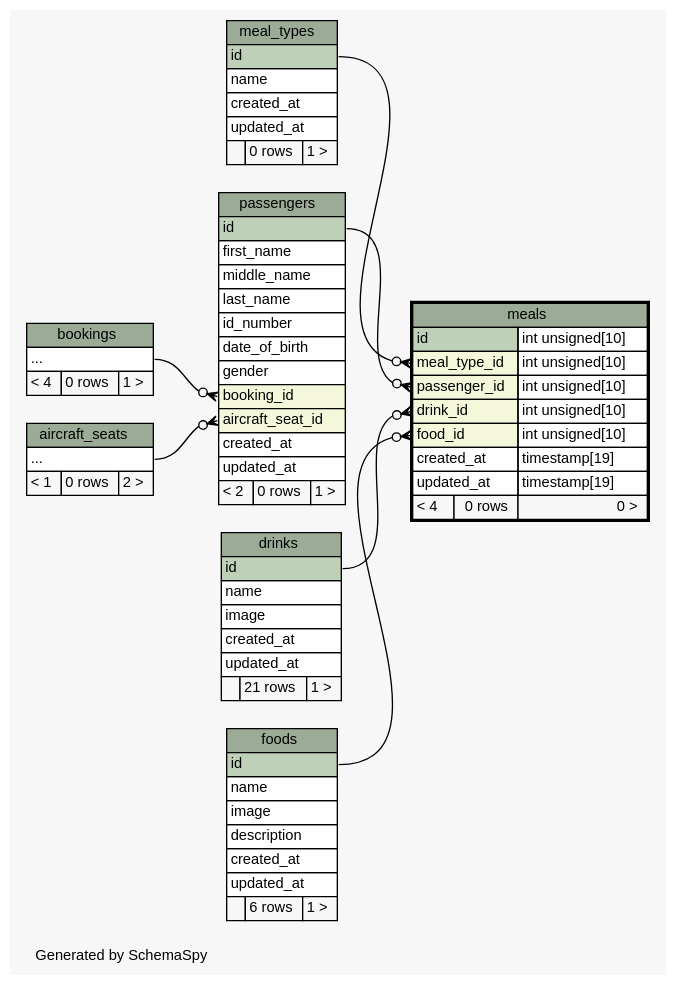
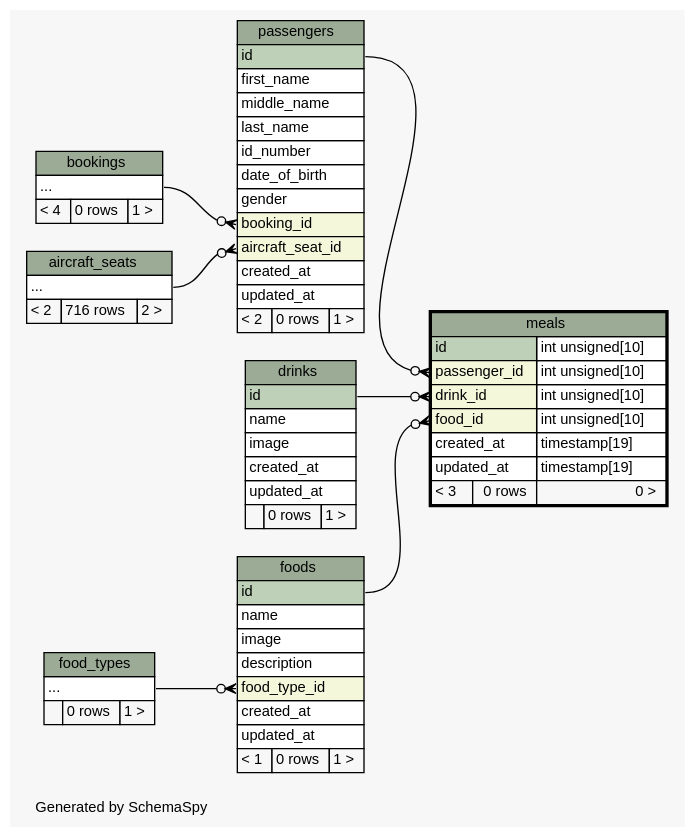
One commit to joaonzangoII/flightbookingsystem changed the diagram in web/app/database/schema/diagrams/meals.2degrees.dot. Above: the diagram before and after it, drawn with Graphviz. The commit also changed 149 other files, not shown here.

```diff
--- a/web/app/database/schema/diagrams/meals.2degrees.dot
+++ b/web/app/database/schema/diagrams/meals.2degrees.dot
@@ -1,126 +1,123 @@
 // dot 2.38.0 on Linux 4.8.0-46-generic
 // SchemaSpy rev 590
 digraph "twoDegreesRelationshipsDiagram" {
   graph [
     rankdir="RL"
     bgcolor="#f7f7f7"
     label="\nGenerated by SchemaSpy"
     labeljust="l"
     nodesep="0.18"
     ranksep="0.46"
     fontname="Helvetica"
     fontsize="11"
   ];
   node [
     fontname="Helvetica"
     fontsize="11"
     shape="plaintext"
   ];
   edge [
     arrowsize="0.8"
   ];
+  "foods":"food_type_id":w -> "food_types":"elipses":e [arrowhead=none dir=back arrowtail=crowodot];
   "meals":"drink_id":w -> "drinks":"id":e [arrowhead=none dir=back arrowtail=crowodot];
   "meals":"food_id":w -> "foods":"id":e [arrowhead=none dir=back arrowtail=crowodot];
-  "meals":"meal_type_id":w -> "meal_types":"id":e [arrowhead=none dir=back arrowtail=crowodot];
   "meals":"passenger_id":w -> "passengers":"id":e [arrowhead=none dir=back arrowtail=crowodot];
   "passengers":"aircraft_seat_id":w -> "aircraft_seats":"elipses":e [arrowhead=none dir=back arrowtail=crowodot];
   "passengers":"booking_id":w -> "bookings":"elipses":e [arrowhead=none dir=back arrowtail=crowodot];
   "aircraft_seats" [
     label=<
     <TABLE BORDER="0" CELLBORDER="1" CELLSPACING="0" BGCOLOR="#ffffff">
       <TR><TD COLSPAN="3" BGCOLOR="#9bab96" ALIGN="CENTER">aircraft_seats</TD></TR>
       <TR><TD PORT="elipses" COLSPAN="3" ALIGN="LEFT">...</TD></TR>
-      <TR><TD ALIGN="LEFT" BGCOLOR="#f7f7f7">&lt; 1</TD><TD ALIGN="RIGHT" BGCOLOR="#f7f7f7">0 rows</TD><TD ALIGN="RIGHT" BGCOLOR="#f7f7f7">2 &gt;</TD></TR>
+      <TR><TD ALIGN="LEFT" BGCOLOR="#f7f7f7">&lt; 2</TD><TD ALIGN="RIGHT" BGCOLOR="#f7f7f7">716 rows</TD><TD ALIGN="RIGHT" BGCOLOR="#f7f7f7">2 &gt;</TD></TR>
     </TABLE>>
     URL="aircraft_seats.html"
     tooltip="aircraft_seats"
   ];
   "bookings" [
     label=<
     <TABLE BORDER="0" CELLBORDER="1" CELLSPACING="0" BGCOLOR="#ffffff">
       <TR><TD COLSPAN="3" BGCOLOR="#9bab96" ALIGN="CENTER">bookings</TD></TR>
       <TR><TD PORT="elipses" COLSPAN="3" ALIGN="LEFT">...</TD></TR>
       <TR><TD ALIGN="LEFT" BGCOLOR="#f7f7f7">&lt; 4</TD><TD ALIGN="RIGHT" BGCOLOR="#f7f7f7">0 rows</TD><TD ALIGN="RIGHT" BGCOLOR="#f7f7f7">1 &gt;</TD></TR>
     </TABLE>>
     URL="bookings.html"
     tooltip="bookings"
   ];
   "drinks" [
     label=<
     <TABLE BORDER="0" CELLBORDER="1" CELLSPACING="0" BGCOLOR="#ffffff">
       <TR><TD COLSPAN="3" BGCOLOR="#9bab96" ALIGN="CENTER">drinks</TD></TR>
       <TR><TD PORT="id" COLSPAN="3" BGCOLOR="#bed1b8" ALIGN="LEFT">id</TD></TR>
       <TR><TD PORT="name" COLSPAN="3" ALIGN="LEFT">name</TD></TR>
       <TR><TD PORT="image" COLSPAN="3" ALIGN="LEFT">image</TD></TR>
       <TR><TD PORT="created_at" COLSPAN="3" ALIGN="LEFT">created_at</TD></TR>
       <TR><TD PORT="updated_at" COLSPAN="3" ALIGN="LEFT">updated_at</TD></TR>
-      <TR><TD ALIGN="LEFT" BGCOLOR="#f7f7f7">  </TD><TD ALIGN="RIGHT" BGCOLOR="#f7f7f7">21 rows</TD><TD ALIGN="RIGHT" BGCOLOR="#f7f7f7">1 &gt;</TD></TR>
+      <TR><TD ALIGN="LEFT" BGCOLOR="#f7f7f7">  </TD><TD ALIGN="RIGHT" BGCOLOR="#f7f7f7">0 rows</TD><TD ALIGN="RIGHT" BGCOLOR="#f7f7f7">1 &gt;</TD></TR>
     </TABLE>>
     URL="drinks.html"
     tooltip="drinks"
+  ];
+  "food_types" [
+    label=<
+    <TABLE BORDER="0" CELLBORDER="1" CELLSPACING="0" BGCOLOR="#ffffff">
+      <TR><TD COLSPAN="3" BGCOLOR="#9bab96" ALIGN="CENTER">food_types</TD></TR>
+      <TR><TD PORT="elipses" COLSPAN="3" ALIGN="LEFT">...</TD></TR>
+      <TR><TD ALIGN="LEFT" BGCOLOR="#f7f7f7">  </TD><TD ALIGN="RIGHT" BGCOLOR="#f7f7f7">0 rows</TD><TD ALIGN="RIGHT" BGCOLOR="#f7f7f7">1 &gt;</TD></TR>
+    </TABLE>>
+    URL="food_types.html"
+    tooltip="food_types"
   ];
   "foods" [
     label=<
     <TABLE BORDER="0" CELLBORDER="1" CELLSPACING="0" BGCOLOR="#ffffff">
       <TR><TD COLSPAN="3" BGCOLOR="#9bab96" ALIGN="CENTER">foods</TD></TR>
       <TR><TD PORT="id" COLSPAN="3" BGCOLOR="#bed1b8" ALIGN="LEFT">id</TD></TR>
       <TR><TD PORT="name" COLSPAN="3" ALIGN="LEFT">name</TD></TR>
       <TR><TD PORT="image" COLSPAN="3" ALIGN="LEFT">image</TD></TR>
       <TR><TD PORT="description" COLSPAN="3" ALIGN="LEFT">description</TD></TR>
+      <TR><TD PORT="food_type_id" COLSPAN="3" BGCOLOR="#f4f7da" ALIGN="LEFT">food_type_id</TD></TR>
       <TR><TD PORT="created_at" COLSPAN="3" ALIGN="LEFT">created_at</TD></TR>
       <TR><TD PORT="updated_at" COLSPAN="3" ALIGN="LEFT">updated_at</TD></TR>
-      <TR><TD ALIGN="LEFT" BGCOLOR="#f7f7f7">  </TD><TD ALIGN="RIGHT" BGCOLOR="#f7f7f7">6 rows</TD><TD ALIGN="RIGHT" BGCOLOR="#f7f7f7">1 &gt;</TD></TR>
+      <TR><TD ALIGN="LEFT" BGCOLOR="#f7f7f7">&lt; 1</TD><TD ALIGN="RIGHT" BGCOLOR="#f7f7f7">0 rows</TD><TD ALIGN="RIGHT" BGCOLOR="#f7f7f7">1 &gt;</TD></TR>
     </TABLE>>
     URL="foods.html"
     tooltip="foods"
-  ];
-  "meal_types" [
-    label=<
-    <TABLE BORDER="0" CELLBORDER="1" CELLSPACING="0" BGCOLOR="#ffffff">
-      <TR><TD COLSPAN="3" BGCOLOR="#9bab96" ALIGN="CENTER">meal_types</TD></TR>
-      <TR><TD PORT="id" COLSPAN="3" BGCOLOR="#bed1b8" ALIGN="LEFT">id</TD></TR>
-      <TR><TD PORT="name" COLSPAN="3" ALIGN="LEFT">name</TD></TR>
-      <TR><TD PORT="created_at" COLSPAN="3" ALIGN="LEFT">created_at</TD></TR>
-      <TR><TD PORT="updated_at" COLSPAN="3" ALIGN="LEFT">updated_at</TD></TR>
-      <TR><TD ALIGN="LEFT" BGCOLOR="#f7f7f7">  </TD><TD ALIGN="RIGHT" BGCOLOR="#f7f7f7">0 rows</TD><TD ALIGN="RIGHT" BGCOLOR="#f7f7f7">1 &gt;</TD></TR>
-    </TABLE>>
-    URL="meal_types.html"
-    tooltip="meal_types"
   ];
   "meals" [
     label=<
     <TABLE BORDER="2" CELLBORDER="1" CELLSPACING="0" BGCOLOR="#ffffff">
       <TR><TD COLSPAN="3" BGCOLOR="#9bab96" ALIGN="CENTER">meals</TD></TR>
       <TR><TD PORT="id" COLSPAN="2" BGCOLOR="#bed1b8" ALIGN="LEFT">id</TD><TD PORT="id.type" ALIGN="LEFT">int unsigned[10]</TD></TR>
-      <TR><TD PORT="meal_type_id" COLSPAN="2" BGCOLOR="#f4f7da" ALIGN="LEFT">meal_type_id</TD><TD PORT="meal_type_id.type" ALIGN="LEFT">int unsigned[10]</TD></TR>
       <TR><TD PORT="passenger_id" COLSPAN="2" BGCOLOR="#f4f7da" ALIGN="LEFT">passenger_id</TD><TD PORT="passenger_id.type" ALIGN="LEFT">int unsigned[10]</TD></TR>
       <TR><TD PORT="drink_id" COLSPAN="2" BGCOLOR="#f4f7da" ALIGN="LEFT">drink_id</TD><TD PORT="drink_id.type" ALIGN="LEFT">int unsigned[10]</TD></TR>
       <TR><TD PORT="food_id" COLSPAN="2" BGCOLOR="#f4f7da" ALIGN="LEFT">food_id</TD><TD PORT="food_id.type" ALIGN="LEFT">int unsigned[10]</TD></TR>
       <TR><TD PORT="created_at" COLSPAN="2" ALIGN="LEFT">created_at</TD><TD PORT="created_at.type" ALIGN="LEFT">timestamp[19]</TD></TR>
       <TR><TD PORT="updated_at" COLSPAN="2" ALIGN="LEFT">updated_at</TD><TD PORT="updated_at.type" ALIGN="LEFT">timestamp[19]</TD></TR>
-      <TR><TD ALIGN="LEFT" BGCOLOR="#f7f7f7">&lt; 4</TD><TD ALIGN="RIGHT" BGCOLOR="#f7f7f7">0 rows</TD><TD ALIGN="RIGHT" BGCOLOR="#f7f7f7">0 &gt;</TD></TR>
+      <TR><TD ALIGN="LEFT" BGCOLOR="#f7f7f7">&lt; 3</TD><TD ALIGN="RIGHT" BGCOLOR="#f7f7f7">0 rows</TD><TD ALIGN="RIGHT" BGCOLOR="#f7f7f7">0 &gt;</TD></TR>
     </TABLE>>
     URL="meals.html"
     tooltip="meals"
   ];
   "passengers" [
     label=<
     <TABLE BORDER="0" CELLBORDER="1" CELLSPACING="0" BGCOLOR="#ffffff">
       <TR><TD COLSPAN="3" BGCOLOR="#9bab96" ALIGN="CENTER">passengers</TD></TR>
       <TR><TD PORT="id" COLSPAN="3" BGCOLOR="#bed1b8" ALIGN="LEFT">id</TD></TR>
       <TR><TD PORT="first_name" COLSPAN="3" ALIGN="LEFT">first_name</TD></TR>
       <TR><TD PORT="middle_name" COLSPAN="3" ALIGN="LEFT">middle_name</TD></TR>
       <TR><TD PORT="last_name" COLSPAN="3" ALIGN="LEFT">last_name</TD></TR>
       <TR><TD PORT="id_number" COLSPAN="3" ALIGN="LEFT">id_number</TD></TR>
       <TR><TD PORT="date_of_birth" COLSPAN="3" ALIGN="LEFT">date_of_birth</TD></TR>
       <TR><TD PORT="gender" COLSPAN="3" ALIGN="LEFT">gender</TD></TR>
       <TR><TD PORT="booking_id" COLSPAN="3" BGCOLOR="#f4f7da" ALIGN="LEFT">booking_id</TD></TR>
       <TR><TD PORT="aircraft_seat_id" COLSPAN="3" BGCOLOR="#f4f7da" ALIGN="LEFT">aircraft_seat_id</TD></TR>
       <TR><TD PORT="created_at" COLSPAN="3" ALIGN="LEFT">created_at</TD></TR>
       <TR><TD PORT="updated_at" COLSPAN="3" ALIGN="LEFT">updated_at</TD></TR>
       <TR><TD ALIGN="LEFT" BGCOLOR="#f7f7f7">&lt; 2</TD><TD ALIGN="RIGHT" BGCOLOR="#f7f7f7">0 rows</TD><TD ALIGN="RIGHT" BGCOLOR="#f7f7f7">1 &gt;</TD></TR>
     </TABLE>>
     URL="passengers.html"
     tooltip="passengers"
   ];
 }
```
